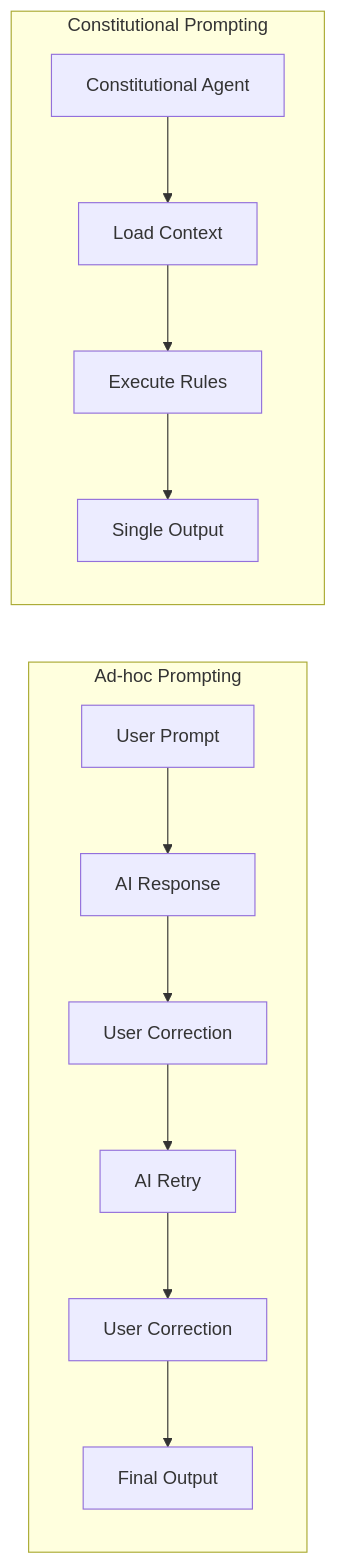
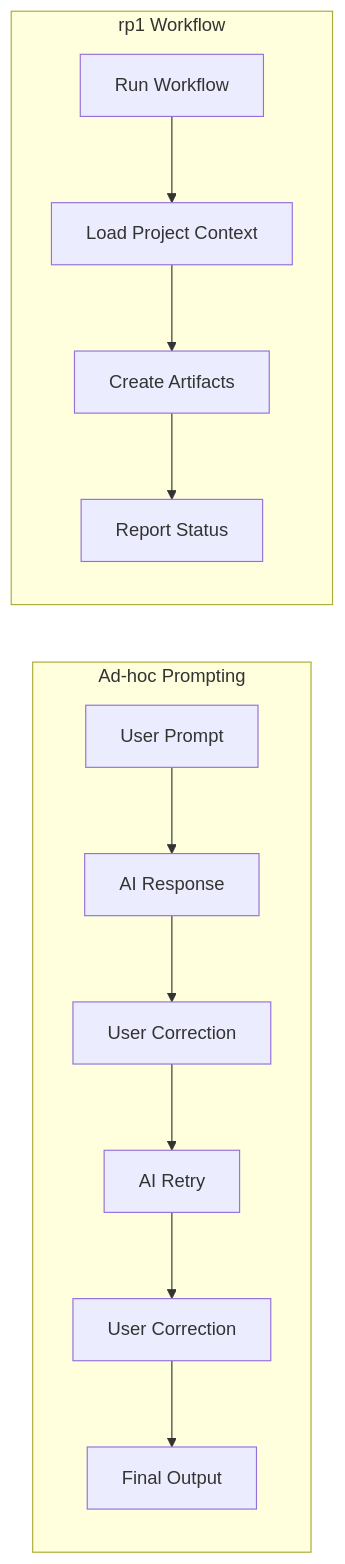
One commit to rp1-run/rp1 changed the diagram in docs/concepts/constitutional-prompting.md. Above: the diagram before and after it, drawn with Mermaid. The commit also changed other lines of this file and 41 other files, not shown here.

````diff
--- a/docs/concepts/constitutional-prompting.md
+++ b/docs/concepts/constitutional-prompting.md
@@ -40,16 +42,16 @@
 ```mermaid
 flowchart LR
     subgraph "Ad-hoc Prompting"
         A1[User Prompt] --> A2[AI Response]
         A2 --> A3[User Correction]
         A3 --> A4[AI Retry]
         A4 --> A5[User Correction]
         A5 --> A6[Final Output]
     end
 
-    subgraph "Constitutional Prompting"
-        C1[Constitutional Agent] --> C2[Load Context]
-        C2 --> C3[Execute Rules]
-        C3 --> C4[Single Output]
+    subgraph "rp1 Workflow"
+        C1[Run Workflow] --> C2[Load Project Context]
+        C2 --> C3[Create Artifacts]
+        C3 --> C4[Report Status]
     end
 ```
````
